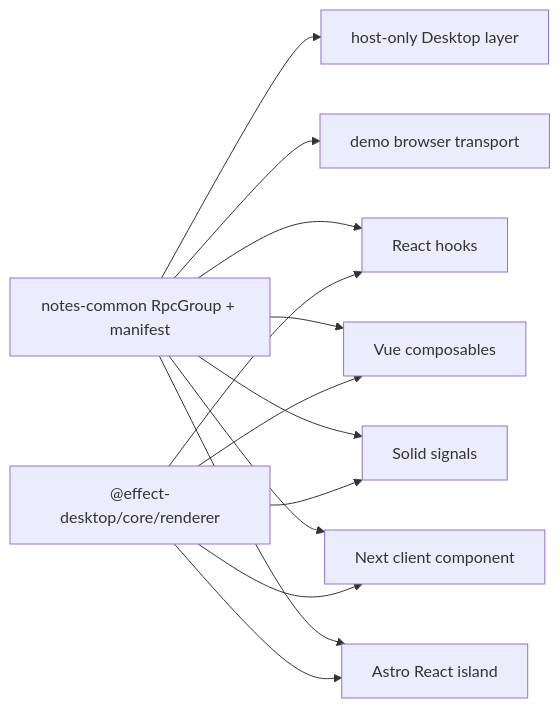
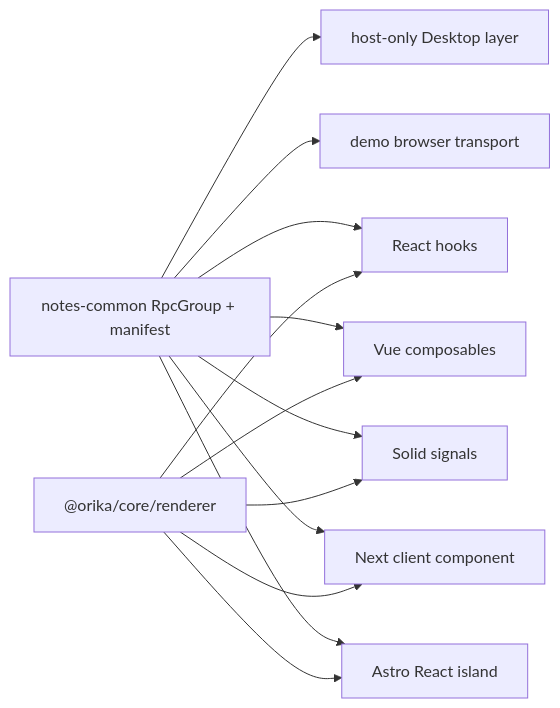
Before and after one commit to Rika-Labs/effect-desktop: the diagram in engineering/learnings/2026-05-10-add-cross-framework-notes-example-applications.md, drawn with Mermaid. The commit also changed other lines of this file and 523 other files, not shown here.

````diff
--- a/engineering/learnings/2026-05-10-add-cross-framework-notes-example-applications.md
+++ b/engineering/learnings/2026-05-10-add-cross-framework-notes-example-applications.md
@@ -21,15 +21,15 @@
 ```mermaid
 flowchart LR
   Common[notes-common RpcGroup + manifest] --> Host[host-only Desktop layer]
   Common --> Demo[demo browser transport]
   Common --> React[React hooks]
   Common --> Vue[Vue composables]
   Common --> Solid[Solid signals]
   Common --> Next[Next client component]
   Common --> Astro[Astro React island]
-  RendererCore["@effect-desktop/core/renderer"] --> React
+  RendererCore["@orika/core/renderer"] --> React
   RendererCore --> Vue
   RendererCore --> Solid
   RendererCore --> Next
   RendererCore --> Astro
 ```
````
